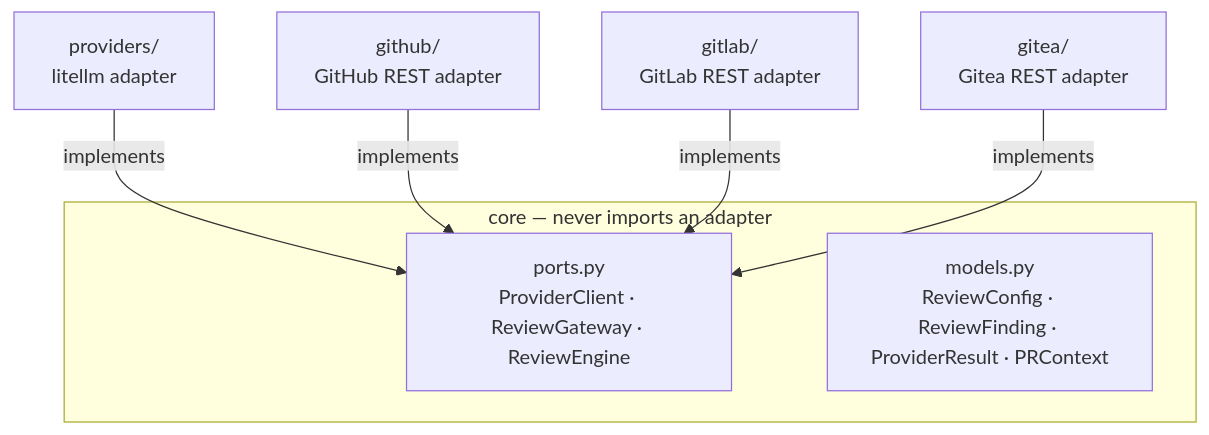
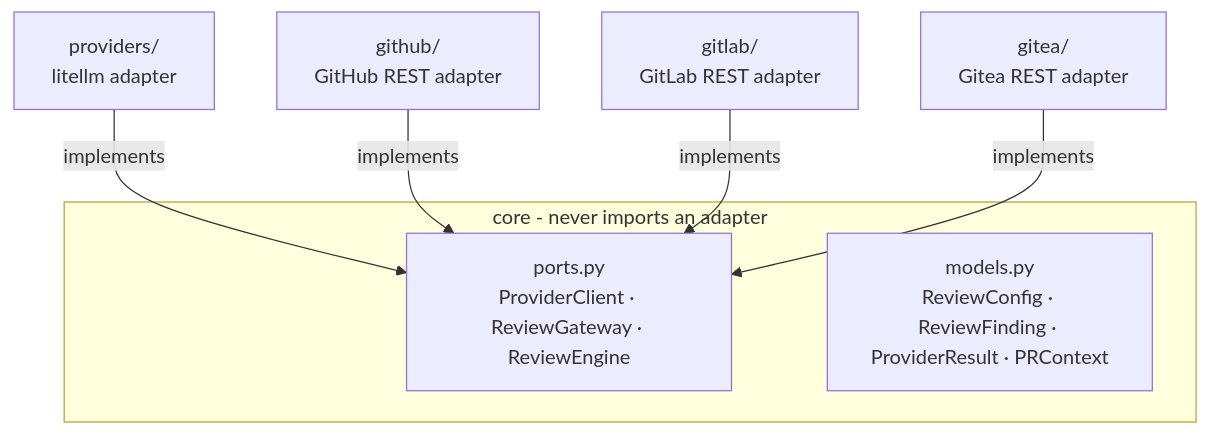
The first of 2 diagrams in docs/explanation/architecture.md (MattJColes/lgtmaybe), drawn with Mermaid before and after one commit. The commit also changed other lines of this file and 6 other files, not shown here.

First line of the commit message:
docs: bring architecture and contributor guides in line with the code

````diff
--- a/docs/explanation/architecture.md
+++ b/docs/explanation/architecture.md
@@ -14,11 +14,11 @@
 ```mermaid
 flowchart TB
-    subgraph core["core — never imports an adapter"]
+    subgraph core["core - never imports an adapter"]
         ports["ports.py<br/>ProviderClient · ReviewGateway · ReviewEngine"]
         models["models.py<br/>ReviewConfig · ReviewFinding · ProviderResult · PRContext"]
     end
     providers["providers/<br/>litellm adapter"] -- implements --> ports
     github["github/<br/>GitHub REST adapter"] -- implements --> ports
     gitlab["gitlab/<br/>GitLab REST adapter"] -- implements --> ports
     gitea["gitea/<br/>Gitea REST adapter"] -- implements --> ports
 ```
````
